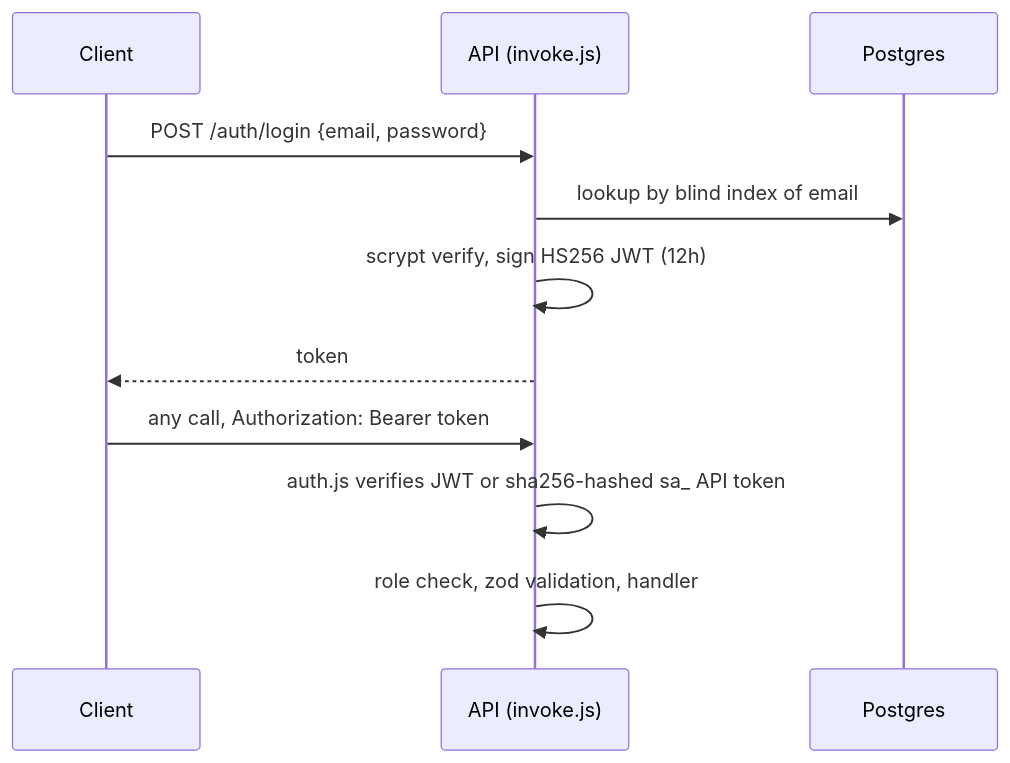
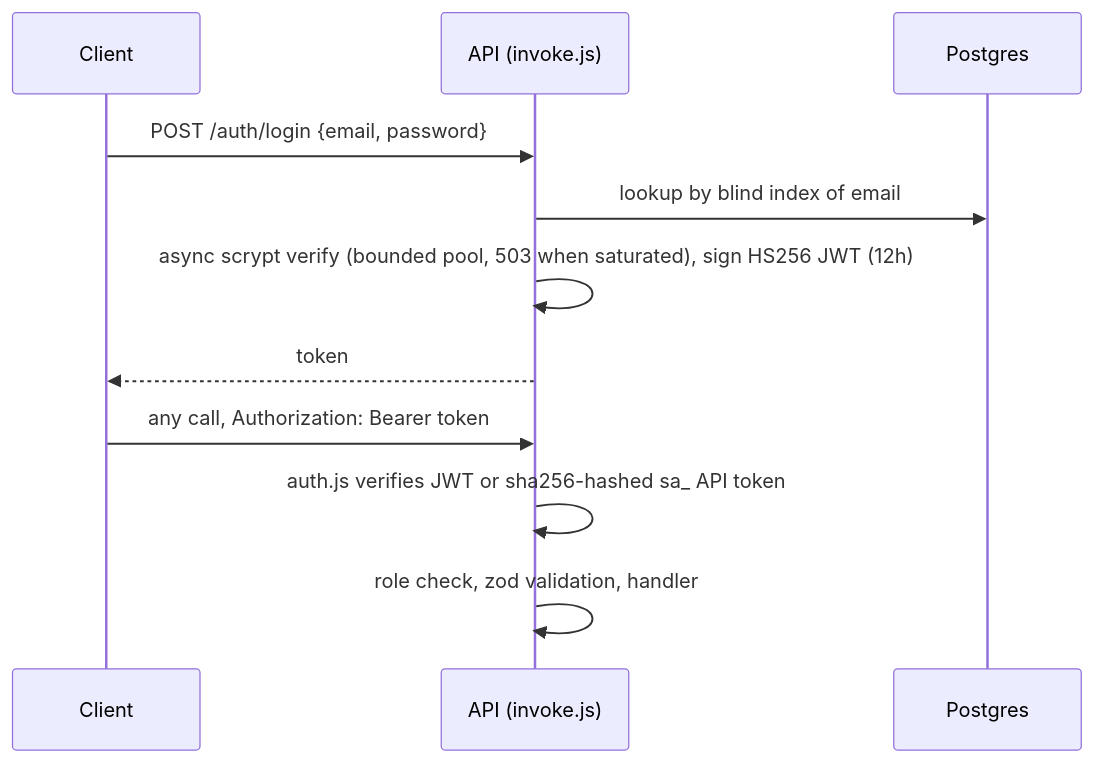
One commit to webrainfriends/sportarena changed the second of 3 diagrams in docs/architecture.md. Above: the diagram before and after it, drawn with Mermaid. The commit also changed other lines of this file and 10 other files, not shown here.

First line of the commit message:
feat(auth): non-blocking bounded async password hashing

````diff
--- a/docs/architecture.md
+++ b/docs/architecture.md
@@ -113,13 +113,13 @@
 ```mermaid
 sequenceDiagram
   participant C as Client
   participant A as API (invoke.js)
   participant D as Postgres
   C->>A: POST /auth/login {email, password}
   A->>D: lookup by blind index of email
-  A->>A: scrypt verify, sign HS256 JWT (12h)
+  A->>A: async scrypt verify (bounded pool, 503 when saturated), sign HS256 JWT (12h)
   A-->>C: token
   C->>A: any call, Authorization: Bearer token
   A->>A: auth.js verifies JWT or sha256-hashed sa_ API token
   A->>A: role check, zod validation, handler
 ```
````
